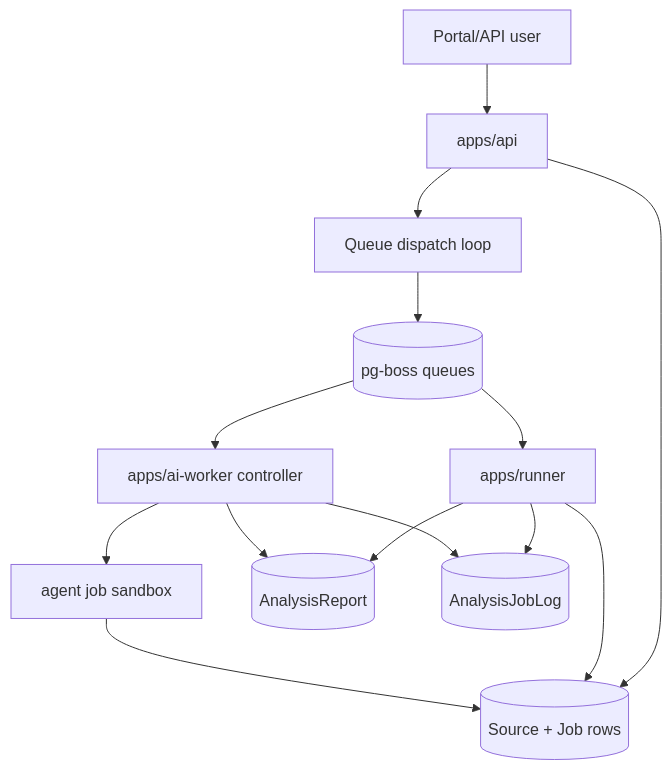
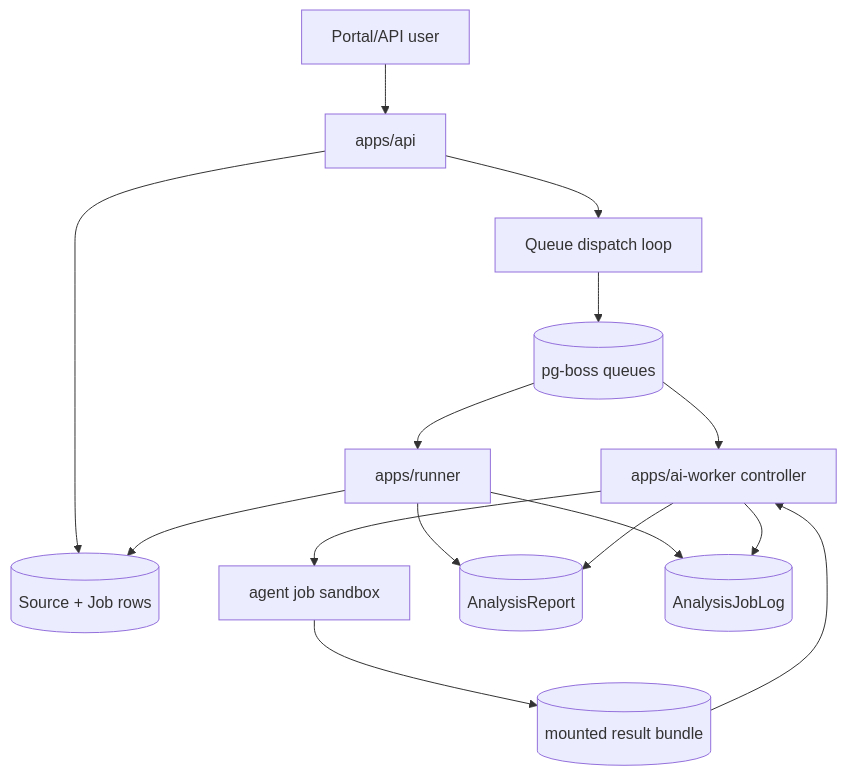
The first of 2 diagrams in docs/architecture/job-execution.md (tinamk/SpecLens-Public), drawn with Mermaid before and after one commit. The commit also changed other lines of this file and 115 other files, not shown here.

````diff
--- a/docs/architecture/job-execution.md
+++ b/docs/architecture/job-execution.md
@@ -7,27 +7,29 @@
 ```mermaid
 flowchart TD
   User[Portal/API user]
   Api[apps/api]
   Repo[(Source + Job rows)]
   Dispatch[Queue dispatch loop]
   PgBoss[(pg-boss queues)]
   Runner[apps/runner]
   AiWorker[apps/ai-worker controller]
   AgentSandbox[agent job sandbox]
+  ResultBundle[(mounted result bundle)]
   Report[(AnalysisReport)]
   Logs[(AnalysisJobLog)]
 
   User --> Api
   Api --> Repo
   Api --> Dispatch
   Dispatch --> PgBoss
   PgBoss --> Runner
   PgBoss --> AiWorker
   AiWorker --> AgentSandbox
+  AgentSandbox --> ResultBundle
+  ResultBundle --> AiWorker
   Runner --> Repo
-  AgentSandbox --> Repo
   Runner --> Logs
   AiWorker --> Logs
   Runner --> Report
   AiWorker --> Report
 ```
````
